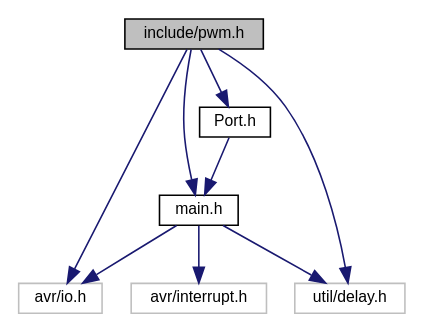
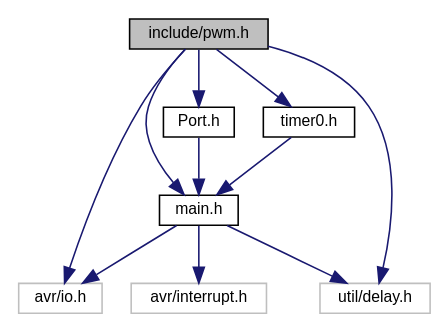
The diagram in docs/docbook/pwm_8h__incl.dot (mo-gaafar/ecg-monitor-embedded-c), drawn with Graphviz before and after one commit. The commit also changed 49 other files, not shown here.

```diff
--- a/docs/docbook/pwm_8h__incl.dot
+++ b/docs/docbook/pwm_8h__incl.dot
@@ -1,20 +1,23 @@
 digraph "include/pwm.h"
 {
  // LATEX_PDF_SIZE
   edge [fontname="Helvetica",fontsize="10",labelfontname="Helvetica",labelfontsize="10"];
   node [fontname="Helvetica",fontsize="10",shape=record];
   Node1 [label="include/pwm.h",height=0.2,width=0.4,color="black", fillcolor="grey75", style="filled", fontcolor="black",tooltip="Pulse width modulation driver module."];
   Node1 -> Node2 [color="midnightblue",fontsize="10",style="solid",fontname="Helvetica"];
   Node2 [label="main.h",height=0.2,width=0.4,color="black", fillcolor="white", style="filled",URL="$main_8h.html",tooltip="Microprocessor abstraction layer."];
   Node2 -> Node3 [color="midnightblue",fontsize="10",style="solid",fontname="Helvetica"];
   Node3 [label="avr/io.h",height=0.2,width=0.4,color="grey75", fillcolor="white", style="filled",tooltip=" "];
   Node2 -> Node4 [color="midnightblue",fontsize="10",style="solid",fontname="Helvetica"];
   Node4 [label="util/delay.h",height=0.2,width=0.4,color="grey75", fillcolor="white", style="filled",tooltip=" "];
   Node2 -> Node5 [color="midnightblue",fontsize="10",style="solid",fontname="Helvetica"];
   Node5 [label="avr/interrupt.h",height=0.2,width=0.4,color="grey75", fillcolor="white", style="filled",tooltip=" "];
   Node1 -> Node6 [color="midnightblue",fontsize="10",style="solid",fontname="Helvetica"];
   Node6 [label="Port.h",height=0.2,width=0.4,color="black", fillcolor="white", style="filled",URL="$_port_8h.html",tooltip="This module abstracts the pcb."];
   Node6 -> Node2 [color="midnightblue",fontsize="10",style="solid",fontname="Helvetica"];
+  Node1 -> Node7 [color="midnightblue",fontsize="10",style="solid",fontname="Helvetica"];
+  Node7 [label="timer0.h",height=0.2,width=0.4,color="black", fillcolor="white", style="filled",URL="$timer0_8h.html",tooltip="This module drives the timer0 peripheral."];
+  Node7 -> Node2 [color="midnightblue",fontsize="10",style="solid",fontname="Helvetica"];
   Node1 -> Node3 [color="midnightblue",fontsize="10",style="solid",fontname="Helvetica"];
   Node1 -> Node4 [color="midnightblue",fontsize="10",style="solid",fontname="Helvetica"];
 }
```
